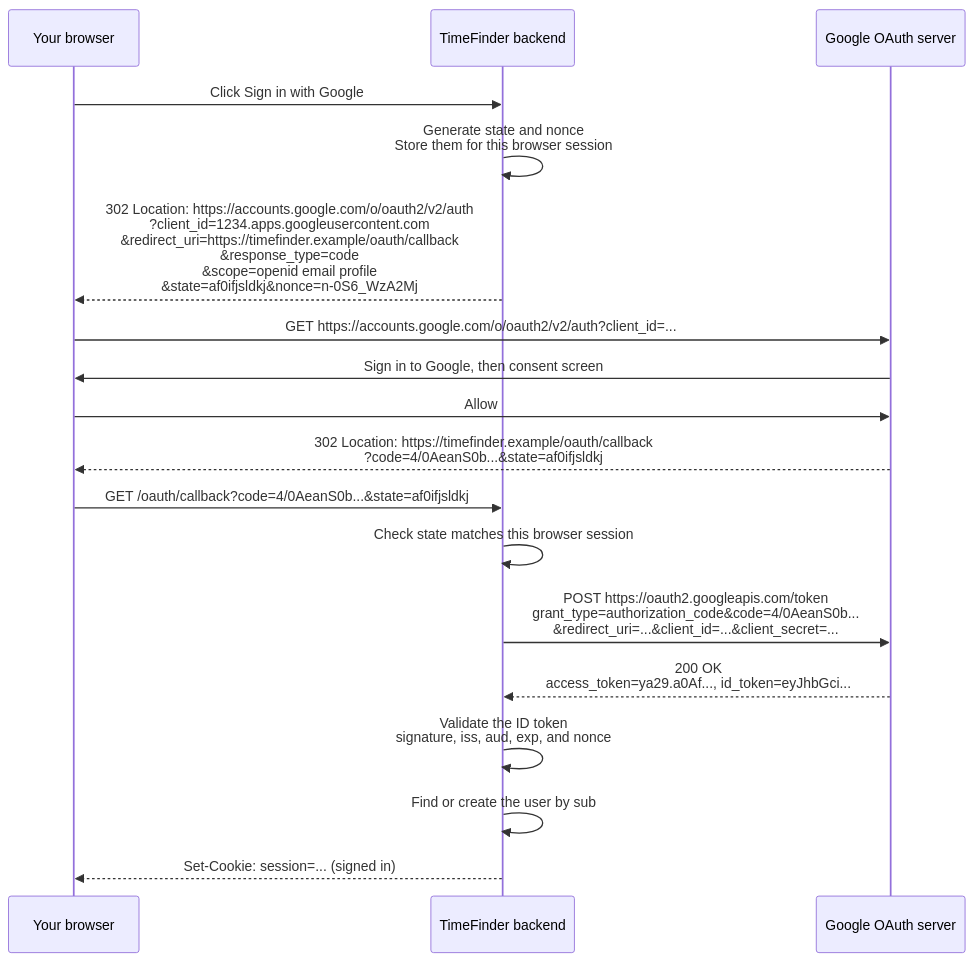
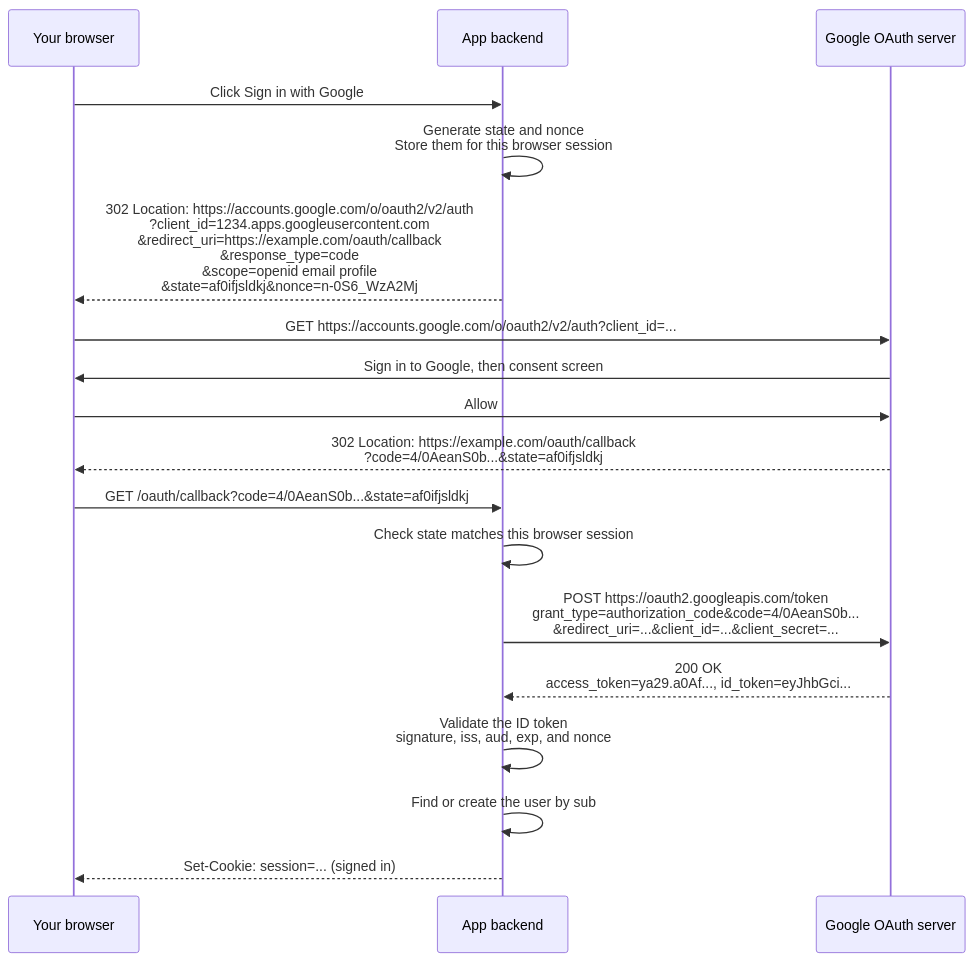
The first of 2 diagrams in cheatsheets/oidc.md (fsw0422/sd-handbook), drawn with Mermaid before and after one commit. The commit also changed other lines of this file and 2 other files, not shown here.

First line of the commit message:
docs: use generic example names in the auth cheat sheets

````diff
--- a/cheatsheets/oidc.md
+++ b/cheatsheets/oidc.md
@@ -48,21 +48,21 @@
 ```mermaid
 sequenceDiagram
     participant U as Your browser
-    participant T as TimeFinder backend
+    participant T as App backend
     participant G as Google OAuth server
 
     U->>T: Click Sign in with Google
     T->>T: Generate state and nonce<br/>Store them for this browser session
-    T-->>U: 302 Location: https://accounts.google.com/o/oauth2/v2/auth<br/>?client_id=1234.apps.googleusercontent.com<br/>&redirect_uri=https://timefinder.example/oauth/callback<br/>&response_type=code<br/>&scope=openid email profile<br/>&state=af0ifjsldkj&nonce=n-0S6_WzA2Mj
+    T-->>U: 302 Location: https://accounts.google.com/o/oauth2/v2/auth<br/>?client_id=1234.apps.googleusercontent.com<br/>&redirect_uri=https://example.com/oauth/callback<br/>&response_type=code<br/>&scope=openid email profile<br/>&state=af0ifjsldkj&nonce=n-0S6_WzA2Mj
     U->>G: GET https://accounts.google.com/o/oauth2/v2/auth?client_id=...
     G->>U: Sign in to Google, then consent screen
     U->>G: Allow
-    G-->>U: 302 Location: https://timefinder.example/oauth/callback<br/>?code=4/0AeanS0b...&state=af0ifjsldkj
+    G-->>U: 302 Location: https://example.com/oauth/callback<br/>?code=4/0AeanS0b...&state=af0ifjsldkj
     U->>T: GET /oauth/callback?code=4/0AeanS0b...&state=af0ifjsldkj
     T->>T: Check state matches this browser session
     T->>G: POST https://oauth2.googleapis.com/token<br/>grant_type=authorization_code&code=4/0AeanS0b...<br/>&redirect_uri=...&client_id=...&client_secret=...
     G-->>T: 200 OK<br/>access_token=ya29.a0Af..., id_token=eyJhbGci...
     T->>T: Validate the ID token<br/>signature, iss, aud, exp, and nonce
     T->>T: Find or create the user by sub
     T-->>U: Set-Cookie: session=... (signed in)
 ```
````
